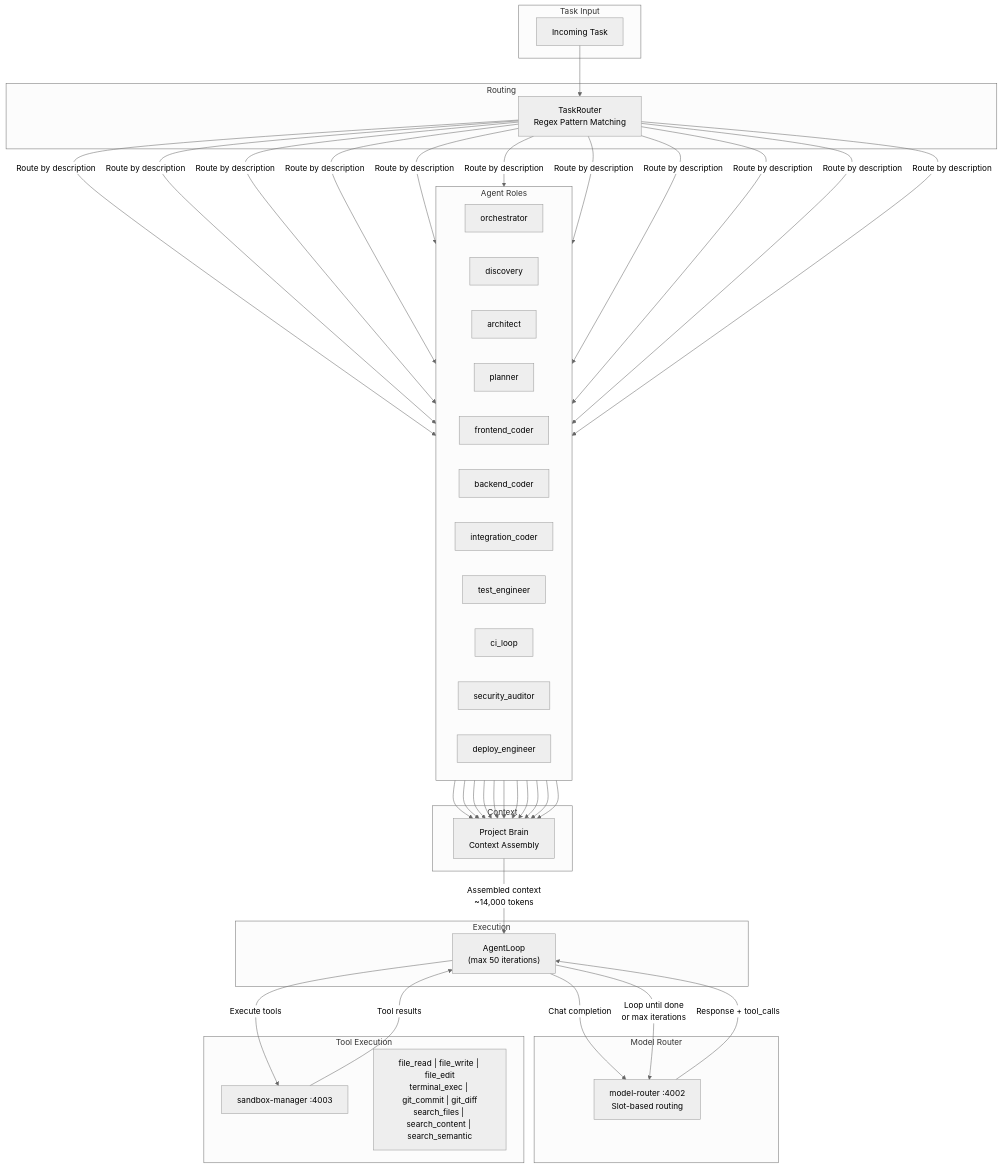
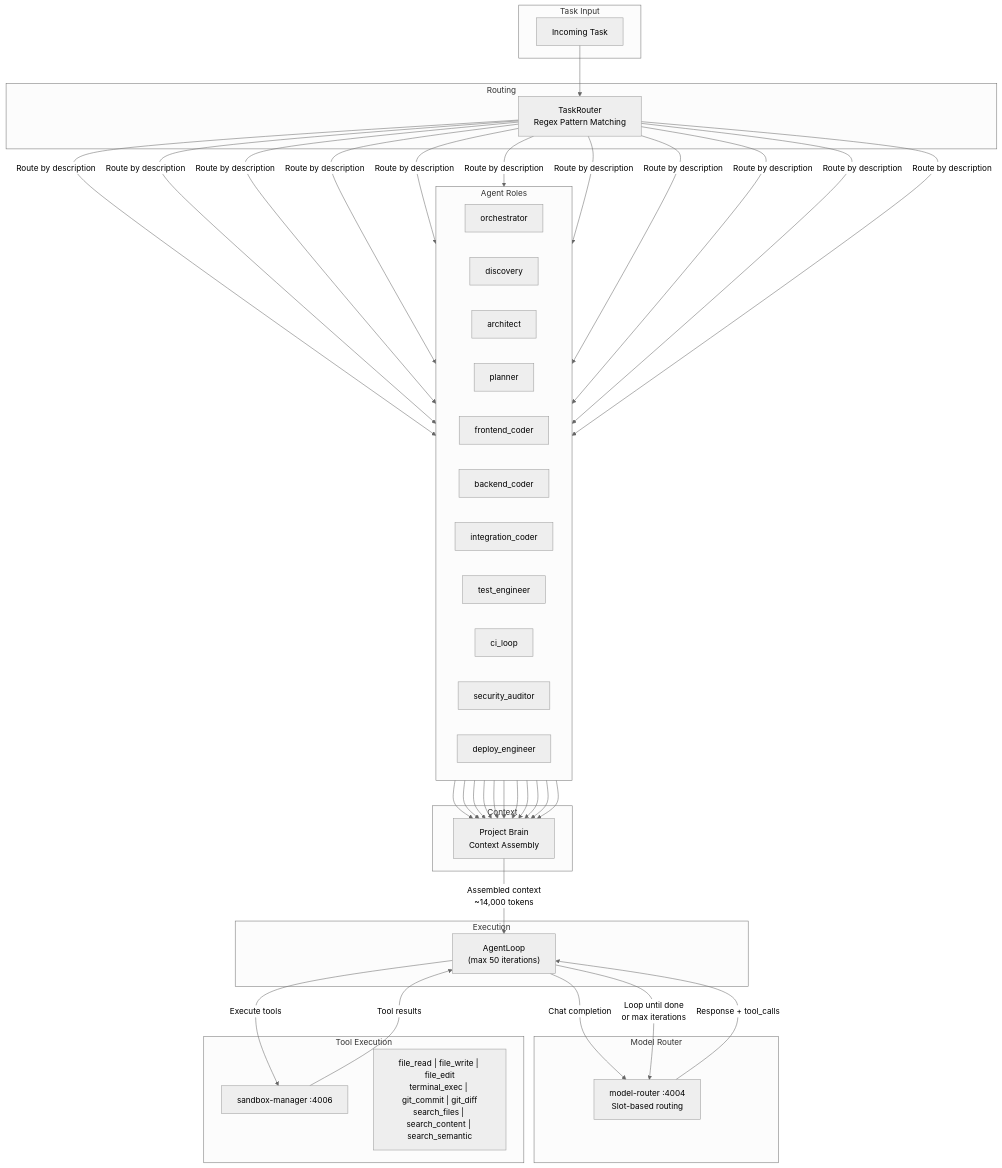
The sixth of 13 diagrams in ARCHITECTURE.md (idimetrix/prometheus-ai), drawn with Mermaid (neutral theme) before and after one commit. The commit also changed other lines of this file and 181 other files, not shown here.

````diff
--- a/ARCHITECTURE.md
+++ b/ARCHITECTURE.md
@@ -857,52 +891,52 @@
 ```mermaid
 flowchart TD
     subgraph "Task Input"
         Task["Incoming Task"]
     end
 
     subgraph "Routing"
         TR["TaskRouter<br/>Regex Pattern Matching"]
     end
 
     subgraph "Context"
         PB["Project Brain<br/>Context Assembly"]
     end
 
     subgraph "Agent Roles"
         direction LR
         Orch["orchestrator"]
         Disc["discovery"]
         Arch["architect"]
         Plan["planner"]
         FC["frontend_coder"]
         BC["backend_coder"]
         IC["integration_coder"]
         TE["test_engineer"]
         CI["ci_loop"]
         SA["security_auditor"]
         DE["deploy_engineer"]
     end
 
     subgraph "Execution"
         AL["AgentLoop<br/>(max 50 iterations)"]
     end
 
     subgraph "Model Router"
-        MR["model-router :4002<br/>Slot-based routing"]
+        MR["model-router :4004<br/>Slot-based routing"]
     end
 
     subgraph "Tool Execution"
-        SM["sandbox-manager :4003"]
+        SM["sandbox-manager :4006"]
         Tools["file_read | file_write | file_edit<br/>terminal_exec | git_commit | git_diff<br/>search_files | search_content | search_semantic"]
     end
 
     Task --> TR
     TR --> |"Route by description"| Orch & Disc & Arch & Plan & FC & BC & IC & TE & CI & SA & DE
     Orch & Disc & Arch & Plan & FC & BC & IC & TE & CI & SA & DE --> PB
     PB --> |"Assembled context<br/>~14,000 tokens"| AL
     AL --> |"Chat completion"| MR
     MR --> |"Response + tool_calls"| AL
     AL --> |"Execute tools"| SM
     SM --> |"Tool results"| AL
     AL --> |"Loop until done<br/>or max iterations"| MR
 ```
````
